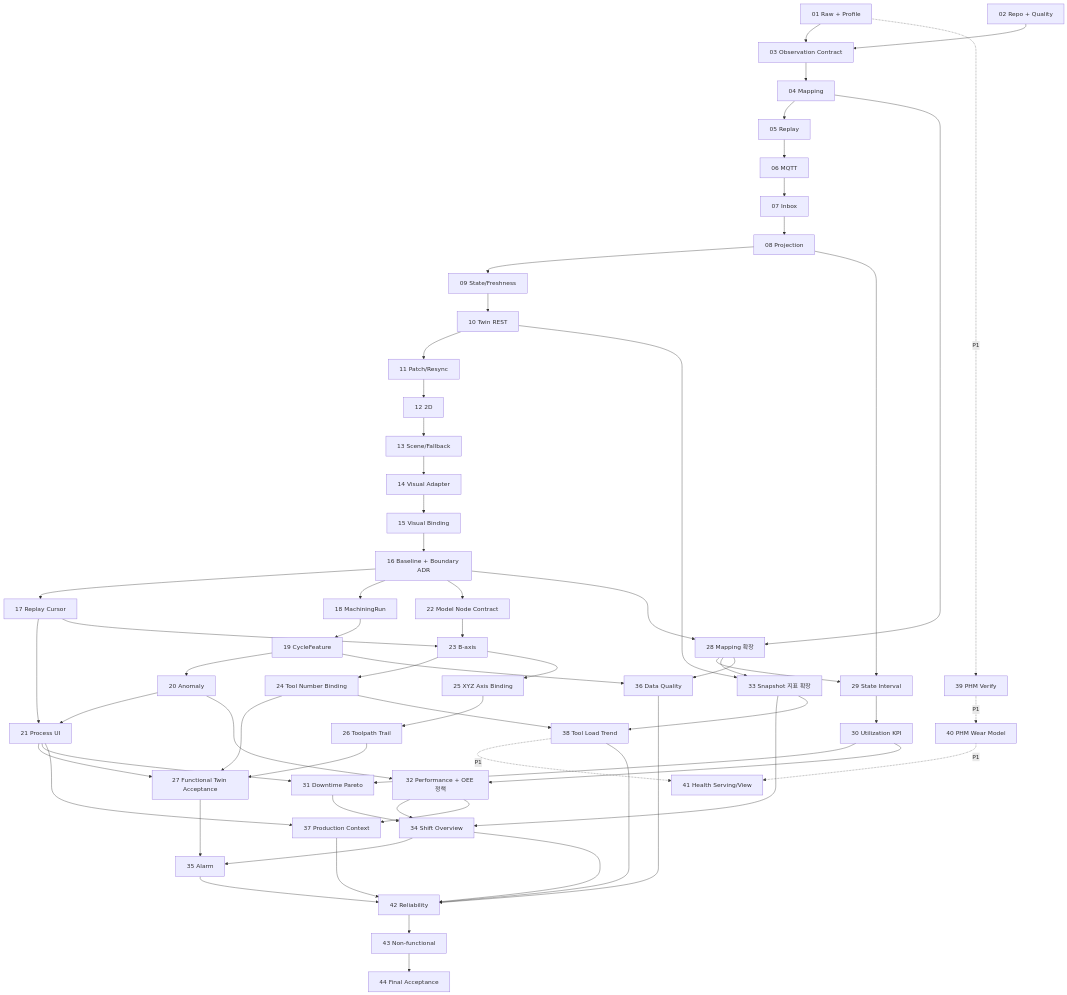
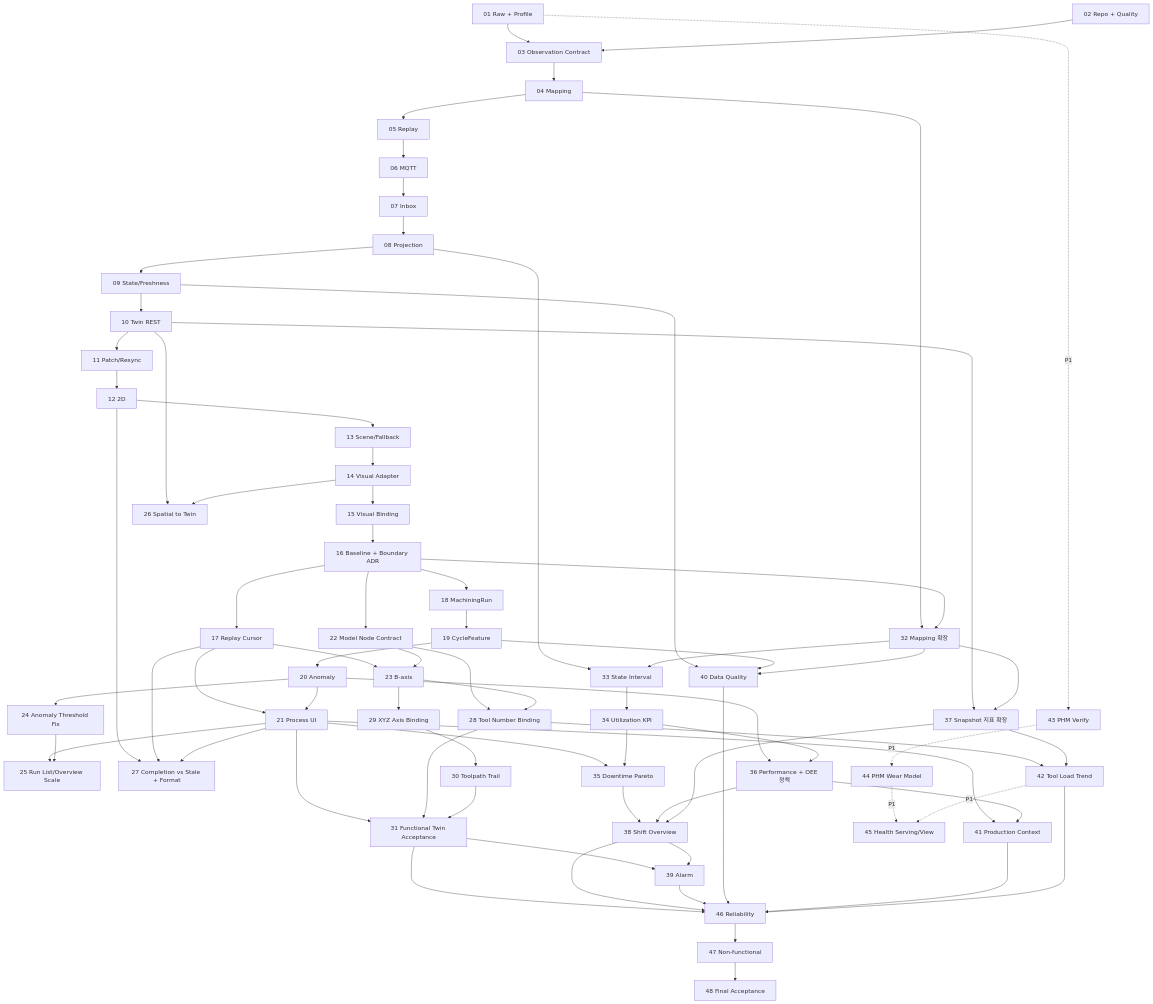
Before and after one commit to hsjni0110/forge-sync: the diagram in docs/development/implementation-steps.md, drawn with Mermaid. The commit also changed other lines of this file, not shown here.

````diff
--- a/docs/development/implementation-steps.md
+++ b/docs/development/implementation-steps.md
@@ -1290,47 +1438,59 @@
   S17 --> S23[23 B-axis]
   S22 --> S23
 
-  S23 --> S24[24 Tool Number Binding]
-  S23 --> S25[25 XYZ Axis Binding]
-  S25 --> S26[26 Toolpath Trail]
-  S21 --> S27[27 Functional Twin Acceptance]
-  S24 --> S27
-  S26 --> S27
+  S20 --> S24[24 Anomaly Threshold Fix]
+  S21 --> S25[25 Run List/Overview Scale]
+  S24 --> S25
+  S10 --> S26[26 Spatial to Twin]
+  S14 --> S26
+  S12 --> S27[27 Completion vs Stale + Format]
+  S17 --> S27
+  S21 --> S27
 
-  S04 --> S28[28 Mapping 확장]
-  S16 --> S28
-  S08 --> S29[29 State Interval]
-  S28 --> S29
-  S29 --> S30[30 Utilization KPI]
-  S21 --> S31[31 Downtime Pareto]
+  S22 --> S28[28 Tool Number Binding]
+  S23 --> S28
+  S23 --> S29[29 XYZ Axis Binding]
+  S29 --> S30[30 Toolpath Trail]
+  S21 --> S31[31 Functional Twin Acceptance]
+  S28 --> S31
   S30 --> S31
-  S20 --> S32[32 Performance + OEE 정책]
-  S30 --> S32
-  S10 --> S33[33 Snapshot 지표 확장]
-  S28 --> S33
-  S31 --> S34[34 Shift Overview]
-  S32 --> S34
-  S33 --> S34
 
-  S27 --> S35[35 Alarm]
+  S04 --> S32[32 Mapping 확장]
+  S16 --> S32
+  S08 --> S33[33 State Interval]
+  S32 --> S33
+  S33 --> S34[34 Utilization KPI]
+  S21 --> S35[35 Downtime Pareto]
   S34 --> S35
-  S19 --> S36[36 Data Quality]
-  S28 --> S36
-  S21 --> S37[37 Production Context]
+  S20 --> S36[36 Performance + OEE 정책]
+  S34 --> S36
+  S10 --> S37[37 Snapshot 지표 확장]
   S32 --> S37
-  S24 --> S38[38 Tool Load Trend]
-  S33 --> S38
+  S35 --> S38[38 Shift Overview]
+  S36 --> S38
+  S37 --> S38
 
-  S01 -. P1 .-> S39[39 PHM Verify]
-  S39 -. P1 .-> S40[40 PHM Wear Model]
-  S40 -. P1 .-> S41[41 Health Serving/View]
-  S38 -. P1 .-> S41
+  S31 --> S39[39 Alarm]
+  S38 --> S39
+  S09 --> S40[40 Data Quality]
+  S19 --> S40
+  S32 --> S40
+  S21 --> S41[41 Production Context]
+  S36 --> S41
+  S28 --> S42[42 Tool Load Trend]
+  S37 --> S42
 
-  S34 --> S42[42 Reliability]
-  S35 --> S42
-  S36 --> S42
-  S37 --> S42
-  S38 --> S42
-  S42 --> S43[43 Non-functional]
-  S43 --> S44[44 Final Acceptance]
+  S01 -. P1 .-> S43[43 PHM Verify]
+  S43 -. P1 .-> S44[44 PHM Wear Model]
+  S44 -. P1 .-> S45[45 Health Serving/View]
+  S42 -. P1 .-> S45
+
+  S31 --> S46[46 Reliability]
+  S38 --> S46
+  S39 --> S46
+  S40 --> S46
+  S41 --> S46
+  S42 --> S46
+  S46 --> S47[47 Non-functional]
+  S47 --> S48[48 Final Acceptance]
 ```
````
